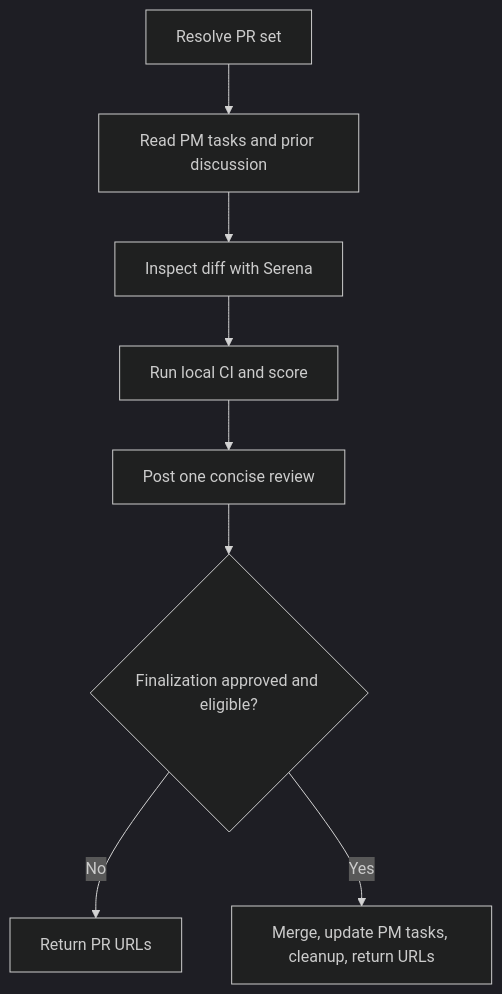
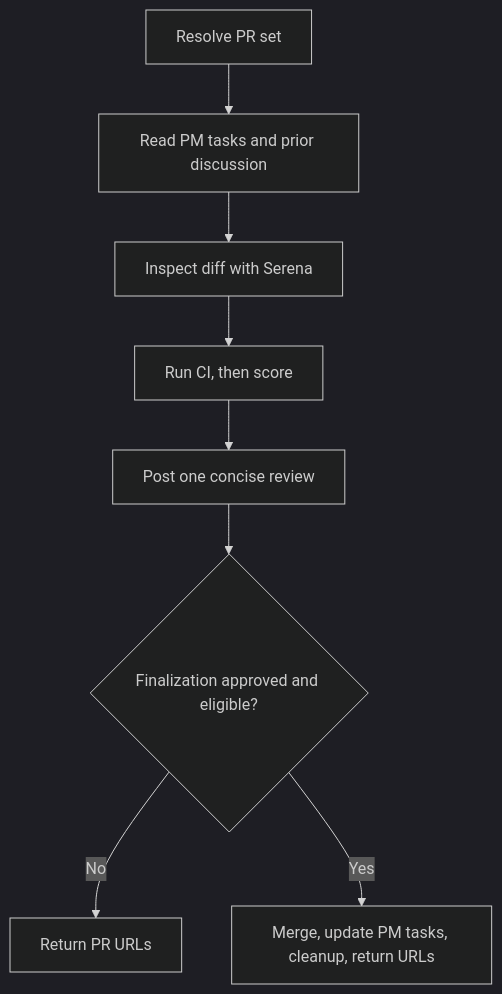
Before and after one commit to mvagnon/plan-based-agentic-workflow: the diagram in skills/review-pr/SKILL.md, drawn with Mermaid (dark theme). The commit also changed other lines of this file and 6 other files, not shown here.

````diff
--- a/skills/review-pr/SKILL.md
+++ b/skills/review-pr/SKILL.md
@@ -29,10 +31,10 @@
 ```mermaid
 flowchart TD
   A[Resolve PR set] --> B[Read PM tasks and prior discussion]
   B --> C[Inspect diff with Serena]
-  C --> D[Run local CI and score]
+  C --> D[Run CI, then score]
   D --> E[Post one concise review]
   E --> F{Finalization approved and eligible?}
   F -->|No| G[Return PR URLs]
   F -->|Yes| H[Merge, update PM tasks, cleanup, return URLs]
 ```
````
